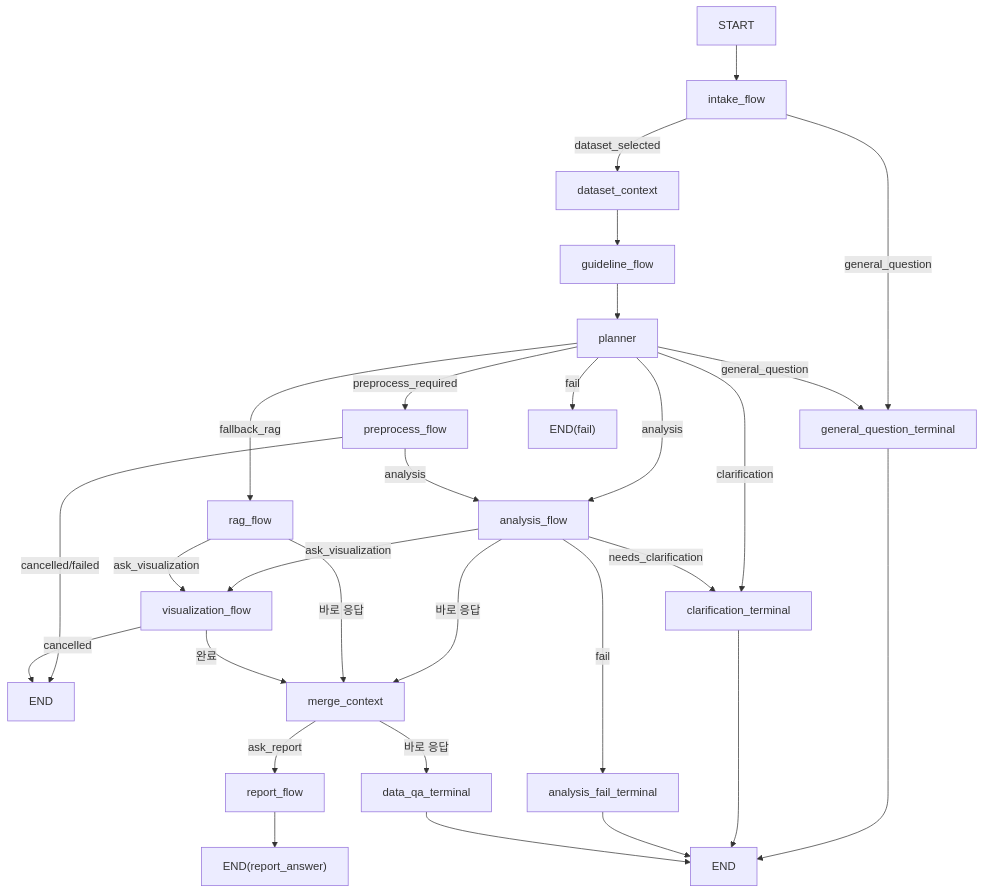
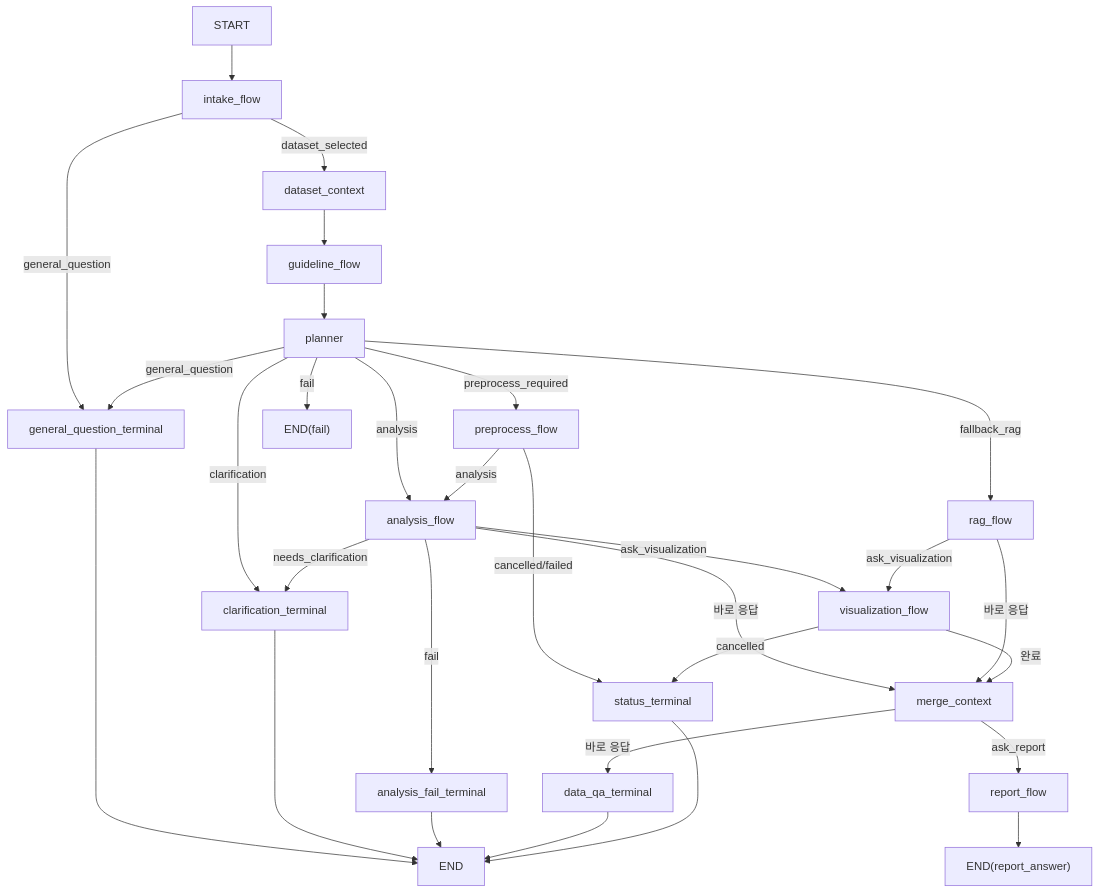
Before and after one commit to StableSub/Data-Analysis-Agent: the diagram in docs/architecture/request-lifecycle.md, drawn with Mermaid. The commit also changed other lines of this file and 2 other files, not shown here.

Commit message:
docs: align workflow docs with status terminal

````diff
--- a/docs/architecture/request-lifecycle.md
+++ b/docs/architecture/request-lifecycle.md
@@ -25,31 +25,32 @@
 ```mermaid
 flowchart TD
     A["START"] --> B["intake_flow"]
     B -->|general_question| C["general_question_terminal"]
     B -->|dataset_selected| D["dataset_context"]
     D --> E["guideline_flow"]
     E --> F["planner"]
     F -->|general_question| C
     F -->|fallback_rag| H["rag_flow"]
     F -->|preprocess_required| I["preprocess_flow"]
     F -->|analysis| J["analysis_flow"]
     F -->|clarification| G["clarification_terminal"]
     F -->|fail| Z["END(fail)"]
     I -->|analysis| J
-    I -->|cancelled/failed| K["END"]
+    I -->|cancelled/failed| S["status_terminal"]
     J -->|needs_clarification| G
     J -->|fail| L["analysis_fail_terminal"]
     J -->|ask_visualization| M["visualization_flow"]
     J -->|바로 응답| N["merge_context"]
     H -->|ask_visualization| M
     H -->|바로 응답| N
-    M -->|cancelled| K
+    M -->|cancelled| S
     M -->|완료| N
     N -->|ask_report| O["report_flow"]
     N -->|바로 응답| P["data_qa_terminal"]
     O --> Q["END(report_answer)"]
     C --> R["END"]
     G --> R
     L --> R
     P --> R
+    S --> R
 ```
````
